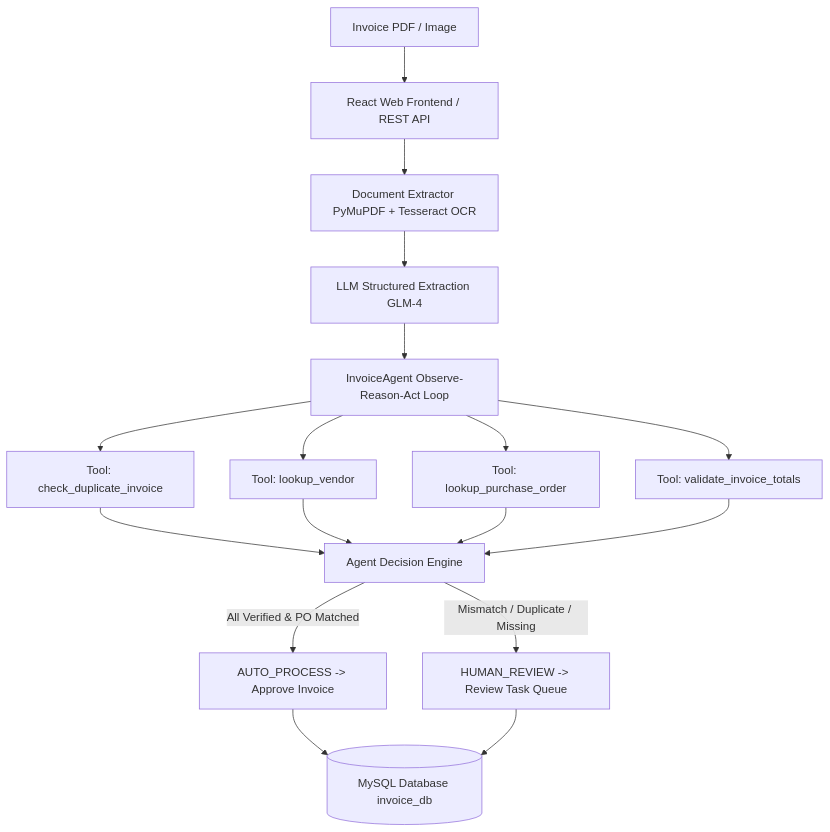
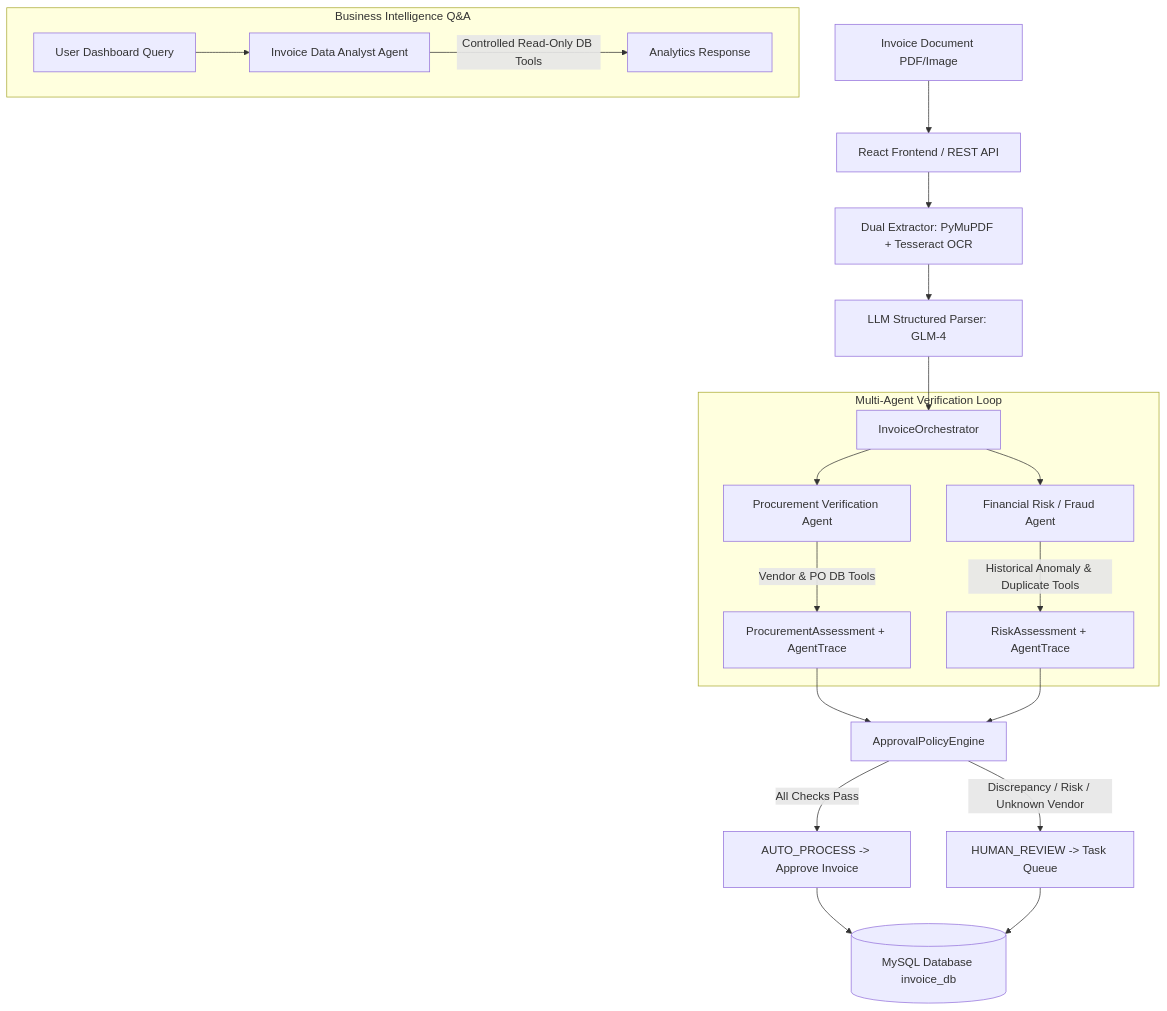
Before and after one commit to Nekilesh001/invoice-processing-workflow: the diagram in README.md, drawn with Mermaid. The commit also changed other lines of this file, not shown here.

Commit message:
docs: update README.md with complete Multi-Agent architecture and 96 unit tests

````diff
--- a/README.md
+++ b/README.md
@@ -32,23 +30,29 @@
 ```mermaid
 flowchart TD
-    A[Invoice PDF / Image] --> B[React Web Frontend / REST API]
-    B --> C[Document Extractor PyMuPDF + Tesseract OCR]
-    C --> D[LLM Structured Extraction GLM-4]
-    D --> E[InvoiceAgent Observe-Reason-Act Loop]
-    
-    E --> F[Tool: check_duplicate_invoice]
-    E --> G[Tool: lookup_vendor]
-    E --> H[Tool: lookup_purchase_order]
-    E --> I[Tool: validate_invoice_totals]
-    
-    F --> J[Agent Decision Engine]
-    G --> J
-    H --> J
+    A[Invoice Document PDF/Image] --> B[React Frontend / REST API]
+    B --> C[Dual Extractor: PyMuPDF + Tesseract OCR]
+    C --> D[LLM Structured Parser: GLM-4]
+    D --> E[InvoiceOrchestrator]
+
+    subgraph Multi-Agent Verification Loop
+        E --> F[Procurement Verification Agent]
+        F -->|Vendor & PO DB Tools| G[ProcurementAssessment + AgentTrace]
+
+        E --> H[Financial Risk / Fraud Agent]
+        H -->|Historical Anomaly & Duplicate Tools| I[RiskAssessment + AgentTrace]
+    end
+
+    G --> J[ApprovalPolicyEngine]
     I --> J
-    
-    J -- All Verified & PO Matched --> K[AUTO_PROCESS -> Approve Invoice]
-    J -- Mismatch / Duplicate / Missing --> L[HUMAN_REVIEW -> Review Task Queue]
-    
+
+    J -- All Checks Pass --> K[AUTO_PROCESS -> Approve Invoice]
+    J -- Discrepancy / Risk / Unknown Vendor --> L[HUMAN_REVIEW -> Task Queue]
+
     K --> M[(MySQL Database invoice_db)]
     L --> M
+
+    subgraph Business Intelligence Q&A
+        N[User Dashboard Query] --> O[Invoice Data Analyst Agent]
+        O -->|Controlled Read-Only DB Tools| P[Analytics Response]
+    end
 ```
````
